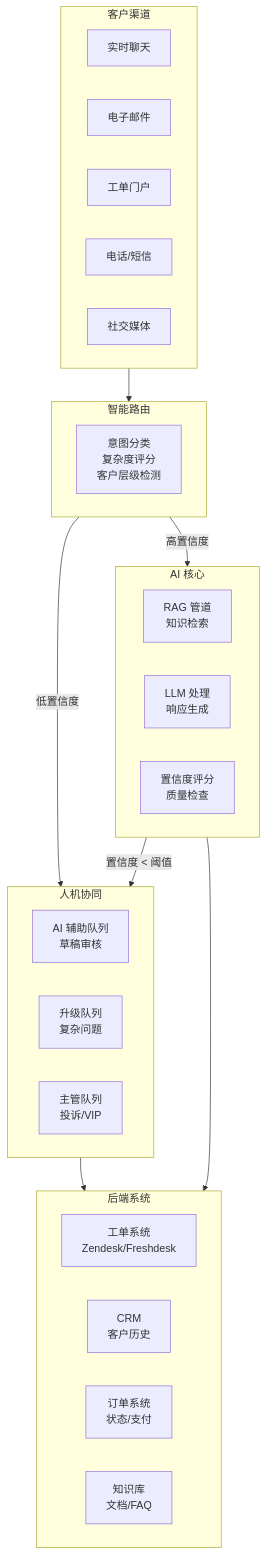
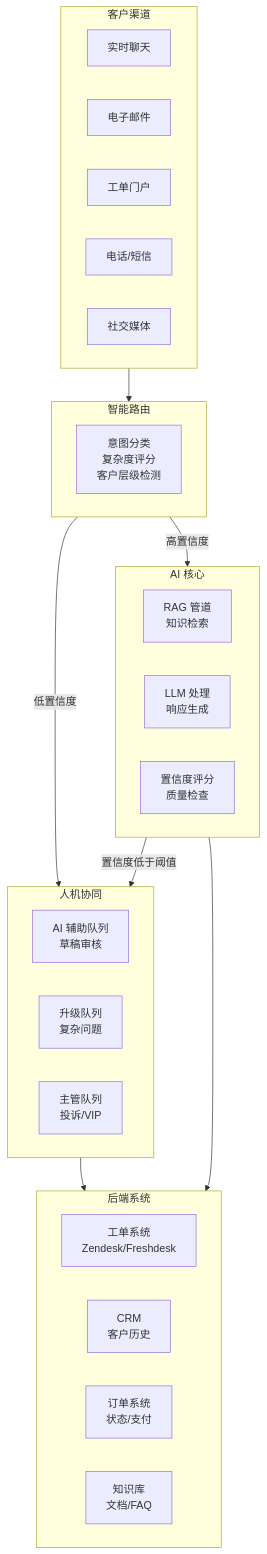
The first of 7 diagrams in i18n/zh/docusaurus-plugin-content-docs/current/architecture.md (stars-labs/ai-driven-customer-service), drawn with Mermaid before and after one commit. The commit also changed 5 other files, not shown here.

Commit message:
Fix mermaid crash: escape < in diagram labels (EN + ZH)

````diff
--- a/i18n/zh/docusaurus-plugin-content-docs/current/architecture.md
+++ b/i18n/zh/docusaurus-plugin-content-docs/current/architecture.md
@@ -12,40 +12,40 @@
 ```mermaid
 flowchart TB
     subgraph Channels["客户渠道"]
         CH1[实时聊天]
         CH2[电子邮件]
         CH3[工单门户]
         CH4[电话/短信]
         CH5[社交媒体]
     end
 
     subgraph Router["智能路由"]
         R[意图分类<br/>复杂度评分<br/>客户层级检测]
     end
 
     subgraph AI_Core["AI 核心"]
         A1[RAG 管道<br/>知识检索]
         A2[LLM 处理<br/>响应生成]
         A3[置信度评分<br/>质量检查]
     end
 
     subgraph Human_Loop["人机协同"]
         H1[AI 辅助队列<br/>草稿审核]
         H2[升级队列<br/>复杂问题]
         H3[主管队列<br/>投诉/VIP]
     end
 
     subgraph Backend["后端系统"]
         B1[工单系统<br/>Zendesk/Freshdesk]
         B2[CRM<br/>客户历史]
         B3[订单系统<br/>状态/支付]
         B4[知识库<br/>文档/FAQ]
     end
 
     Channels --> Router
     Router -->|高置信度| AI_Core
     Router -->|低置信度| Human_Loop
-    AI_Core -->|置信度 < 阈值| Human_Loop
+    AI_Core -->|置信度低于阈值| Human_Loop
     Human_Loop --> Backend
     AI_Core --> Backend
 ```
````
